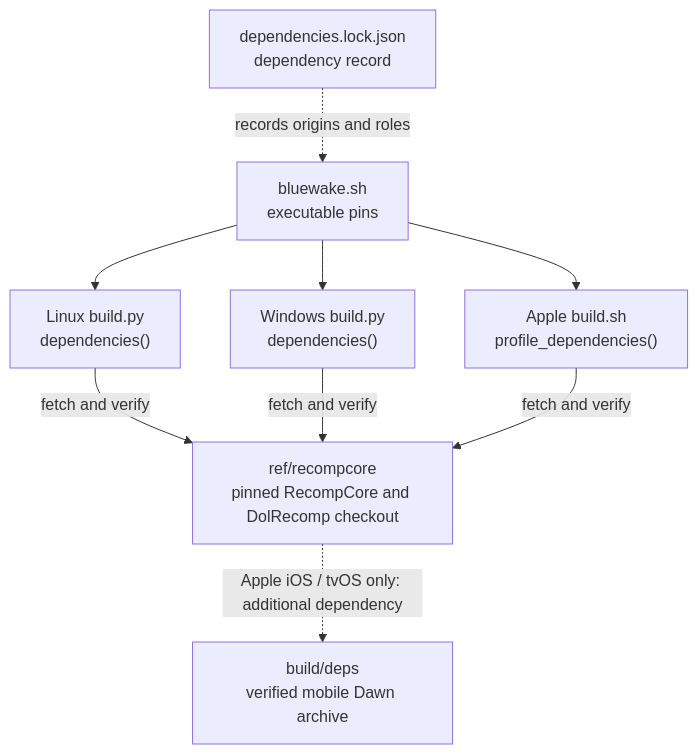
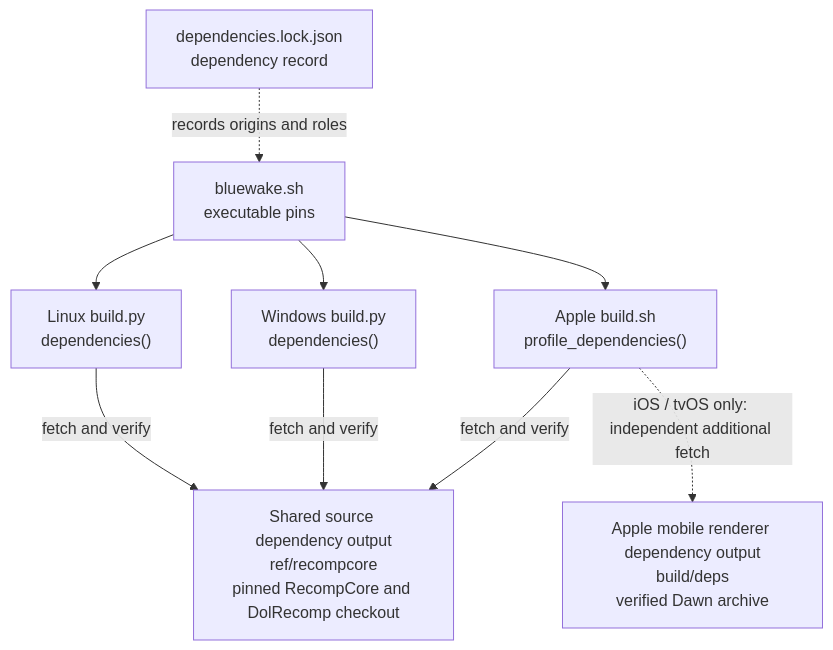
The third of 4 diagrams in docs/architecture/Build.md (Aelbannan/boat_of_daphnes), drawn with Mermaid before and after one commit. The commit also changed other lines of this file, not shown here.

Commit message:
docs: clarify Apple dependency fetch ordering

````diff
--- a/docs/architecture/Build.md
+++ b/docs/architecture/Build.md
@@ -167,19 +167,19 @@
 ```mermaid
 flowchart TD
     Profile["bluewake.sh<br/>executable pins"]
     Lock["dependencies.lock.json<br/>dependency record"]
     Linux["Linux build.py<br/>dependencies()"]
     Windows["Windows build.py<br/>dependencies()"]
     Apple["Apple build.sh<br/>profile_dependencies()"]
-    Checkout["ref/recompcore<br/>pinned RecompCore and DolRecomp checkout"]
-    Dawn["build/deps<br/>verified mobile Dawn archive"]
+    Checkout["Shared source dependency output<br/>ref/recompcore<br/>pinned RecompCore and DolRecomp checkout"]
+    Dawn["Apple mobile renderer dependency output<br/>build/deps<br/>verified Dawn archive"]
 
     Profile --> Linux
     Profile --> Windows
     Profile --> Apple
     Linux -->|fetch and verify| Checkout
     Windows -->|fetch and verify| Checkout
     Apple -->|fetch and verify| Checkout
-    Checkout -. "Apple iOS / tvOS only: additional dependency" .-> Dawn
+    Apple -. "iOS / tvOS only: independent additional fetch" .-> Dawn
     Lock -. "records origins and roles" .-> Profile
 ```
````
